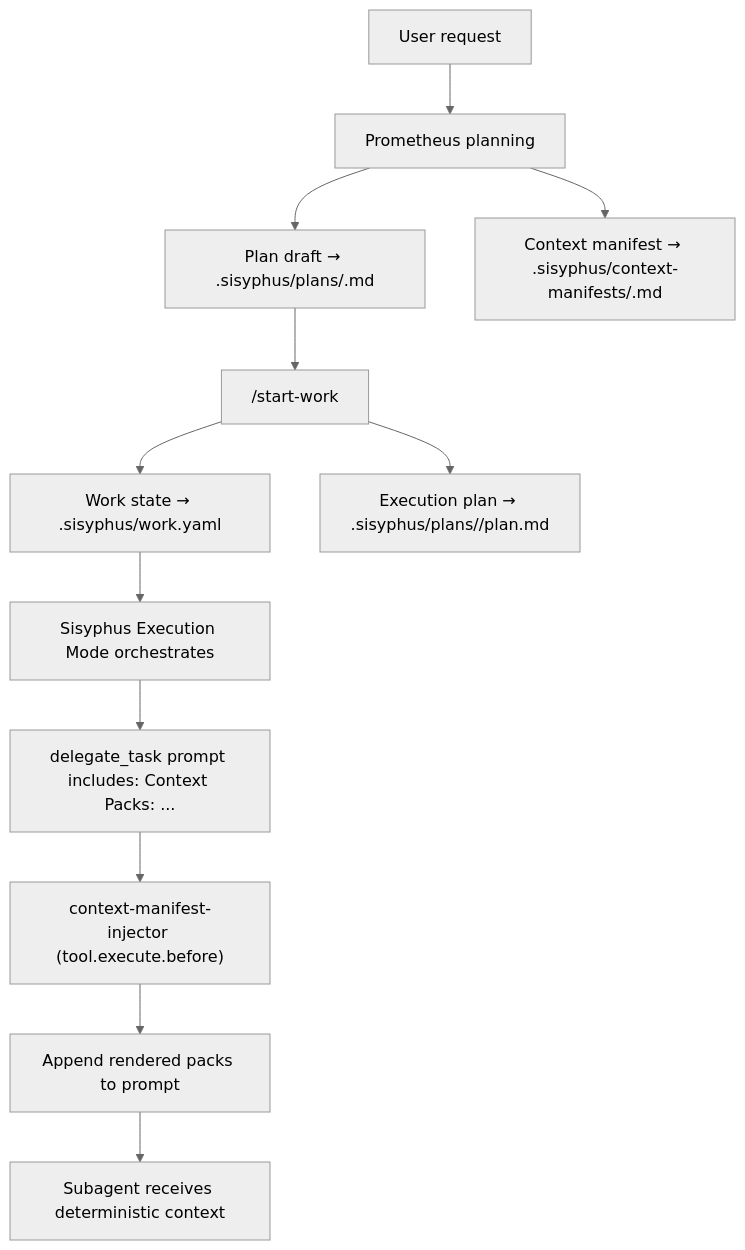
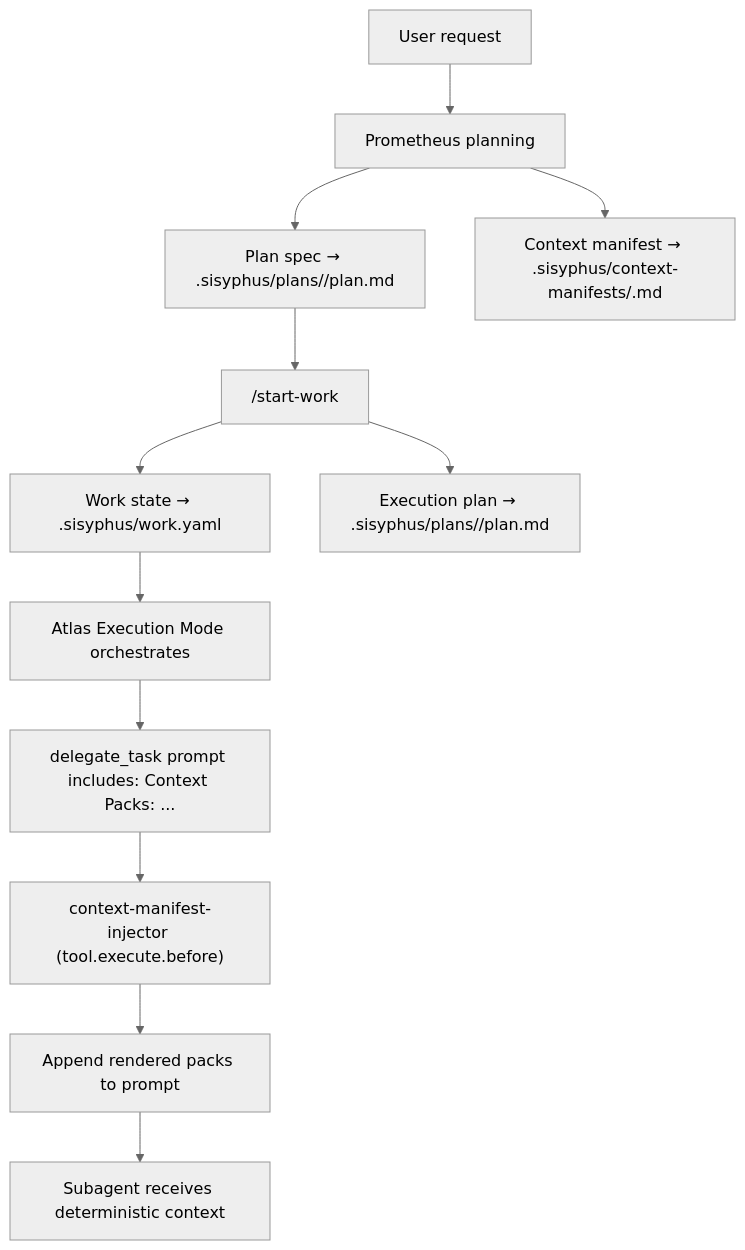
The diagram in docs/journeys/context-packs-and-manifests.md (arcthur/oh-my-opencode), drawn with Mermaid (neutral theme) before and after one commit. The commit also changed other lines of this file and 72 other files, not shown here.

First line of the commit message:
feat(execution): restore Atlas execution pipeline on SSOT

````diff
--- a/docs/journeys/context-packs-and-manifests.md
+++ b/docs/journeys/context-packs-and-manifests.md
@@ -14,16 +14,16 @@
 ```mermaid
 flowchart TD
   U["User request"] --> P["Prometheus planning"]
-  P --> Draft["Plan draft → .sisyphus/plans/<planId>.md"]
+  P --> PlanSpec["Plan spec → .sisyphus/plans/<planId>/plan.md"]
   P --> CM["Context manifest → .sisyphus/context-manifests/<planId>.md"]
 
-  Draft --> SW["/start-work"]
+  PlanSpec --> SW["/start-work"]
   SW --> WS["Work state → .sisyphus/work.yaml"]
   SW --> PLAN["Execution plan → .sisyphus/plans/<planId>/plan.md"]
-  WS --> AT["Sisyphus Execution Mode orchestrates"]
+  WS --> AT["Atlas Execution Mode orchestrates"]
 
   AT --> DT["delegate_task prompt includes: Context Packs: ..."]
   DT --> HOOK["context-manifest-injector (tool.execute.before)"]
   HOOK --> INJ["Append rendered packs to prompt"]
   INJ --> SUB["Subagent receives deterministic context"]
 ```
````
